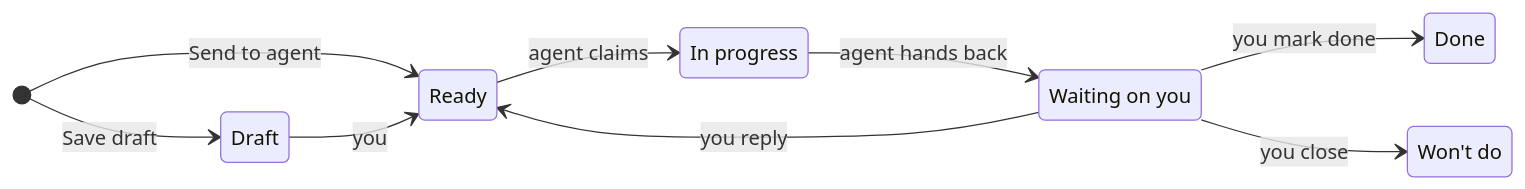
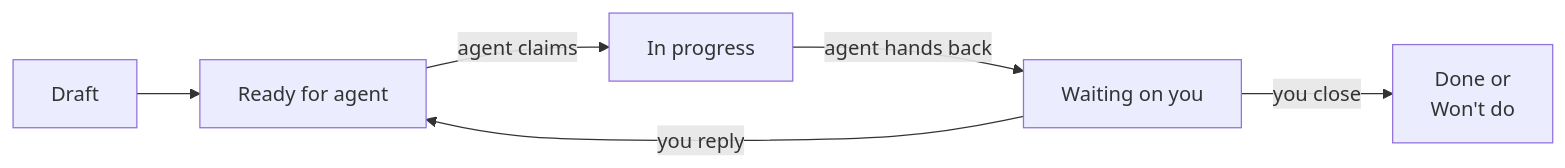
Before and after one commit to ossianravn/agent-annotations: the second of 2 diagrams in README.md, drawn with Mermaid. The commit also changed other lines of this file, not shown here.

Commit message:
Docs: make the README diagrams compact enough to read on GitHub

````diff
--- a/README.md
+++ b/README.md
@@ -128,15 +119,8 @@
 ```mermaid
-stateDiagram-v2
-  direction LR
-  [*] --> Draft: Save draft
-  [*] --> Ready: Send to agent
-  Draft --> Ready: you
-  Ready --> InProgress: agent claims
-  InProgress --> Waiting: agent hands back
-  Waiting --> Ready: you reply
-  Waiting --> Done: you mark done
-  Waiting --> WontDo: you close
-  InProgress: In progress
-  Waiting: Waiting on you
-  WontDo: Won't do
+flowchart LR
+  Draft --> Ready["Ready for agent"]
+  Ready -- "agent claims" --> Progress["In progress"]
+  Progress -- "agent hands back" --> Waiting["Waiting on you"]
+  Waiting -- "you reply" --> Ready
+  Waiting -- "you close" --> Done["Done or<br>Won't do"]
 ```
````
